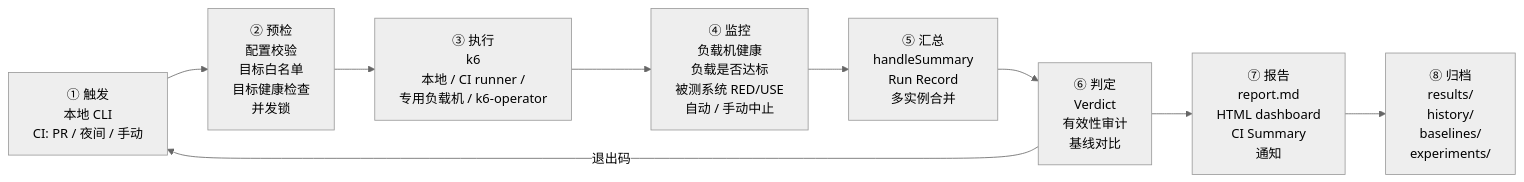
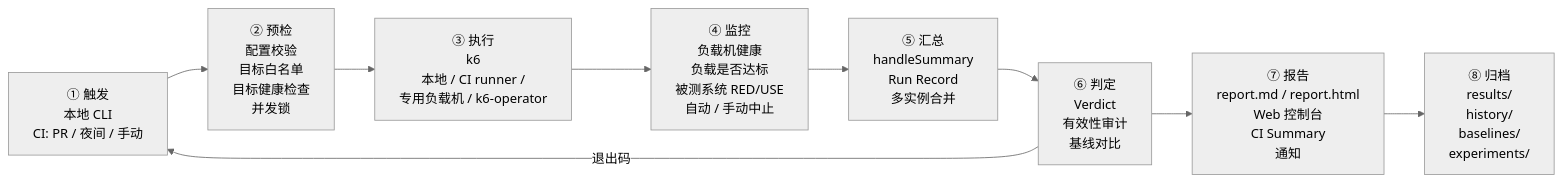
One commit to Leibiner/AI-Performance-Engineering changed the second of 10 diagrams in docs/ARCHITECTURE.md. Above: the diagram before and after it, drawn with Mermaid (neutral theme). The commit also changed other lines of this file and 5 other files, not shown here.

````diff
--- a/docs/ARCHITECTURE.md
+++ b/docs/ARCHITECTURE.md
@@ -127,11 +135,11 @@
 ```mermaid
 flowchart LR
     T["① 触发<br/>本地 CLI<br/>CI: PR / 夜间 / 手动"] --> P["② 预检<br/>配置校验<br/>目标白名单<br/>目标健康检查<br/>并发锁"]
     P --> E["③ 执行<br/>k6<br/>本地 / CI runner /<br/>专用负载机 / k6-operator"]
     E --> M["④ 监控<br/>负载机健康<br/>负载是否达标<br/>被测系统 RED/USE<br/>自动 / 手动中止"]
     M --> C["⑤ 汇总<br/>handleSummary<br/>Run Record<br/>多实例合并"]
     C --> V["⑥ 判定<br/>Verdict<br/>有效性审计<br/>基线对比"]
-    V --> R["⑦ 报告<br/>report.md<br/>HTML dashboard<br/>CI Summary<br/>通知"]
+    V --> R["⑦ 报告<br/>report.md / report.html<br/>Web 控制台<br/>CI Summary<br/>通知"]
     R --> A["⑧ 归档<br/>results/<br/>history/<br/>baselines/<br/>experiments/"]
     V -->|退出码| T
 ```
````
